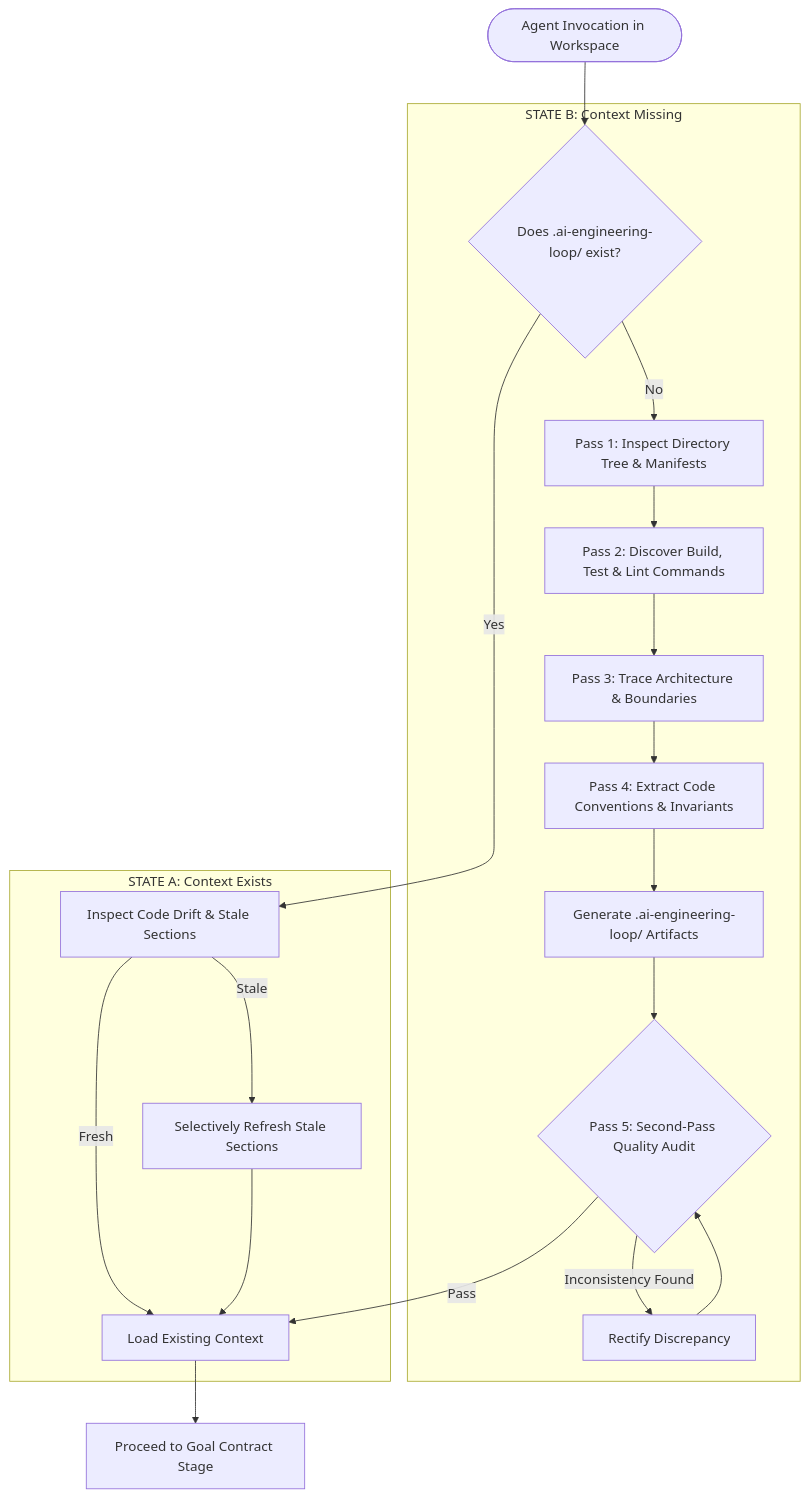
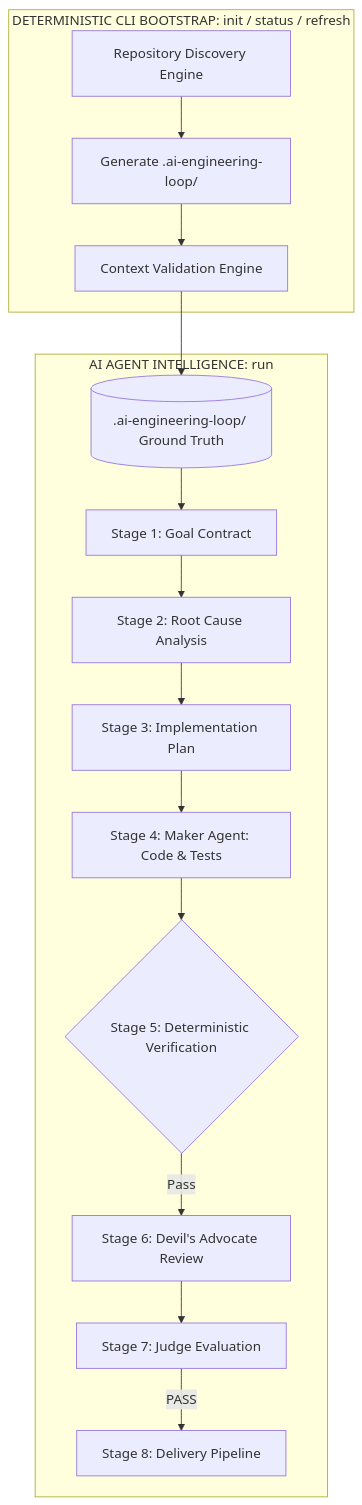
Before and after one commit to egagofur/ai-engineering-loop: the diagram in core/project-initialization.md, drawn with Mermaid. The commit also changed other lines of this file and 3 other files, not shown here.

Commit message:
feat: separate CLI bootstrap (init, status, refresh) from AI agent execution (run)

````diff
--- a/core/project-initialization.md
+++ b/core/project-initialization.md
@@ -11,24 +9,20 @@
 ```mermaid
 flowchart TD
-    Start([Agent Invocation in Workspace]) --> CheckExists{Does .ai-engineering-loop/ exist?}
-    
-    subgraph StateB [STATE B: Context Missing]
-        CheckExists -->|No| Pass1[Pass 1: Inspect Directory Tree & Manifests]
-        Pass1 --> Pass2[Pass 2: Discover Build, Test & Lint Commands]
-        Pass2 --> Pass3[Pass 3: Trace Architecture & Boundaries]
-        Pass3 --> Pass4[Pass 4: Extract Code Conventions & Invariants]
-        Pass4 --> Gen[Generate .ai-engineering-loop/ Artifacts]
-        Gen --> QualityAudit{Pass 5: Second-Pass Quality Audit}
-        QualityAudit -->|Inconsistency Found| Fix[Rectify Discrepancy] --> QualityAudit
+    subgraph CLI [DETERMINISTIC CLI BOOTSTRAP: init / status / refresh]
+        Discover[Repository Discovery Engine] --> ContextGen[Generate .ai-engineering-loop/]
+        ContextGen --> Validate[Context Validation Engine]
     end
-    
-    subgraph StateA [STATE A: Context Exists]
-        CheckExists -->|Yes| InspectDrift[Inspect Code Drift & Stale Sections]
-        InspectDrift -->|Fresh| LoadExisting[Load Existing Context]
-        InspectDrift -->|Stale| SelectiveRefresh[Selectively Refresh Stale Sections]
-        SelectiveRefresh --> LoadExisting
+
+    Validate --> ContextDir[(.ai-engineering-loop/ Ground Truth)]
+
+    subgraph Agent [AI AGENT INTELLIGENCE: run]
+        ContextDir --> GoalContract[Stage 1: Goal Contract]
+        GoalContract --> RCA[Stage 2: Root Cause Analysis]
+        RCA --> Plan[Stage 3: Implementation Plan]
+        Plan --> Maker[Stage 4: Maker Agent: Code & Tests]
+        Maker --> Verify{Stage 5: Deterministic Verification}
+        Verify -->|Pass| DA[Stage 6: Devil's Advocate Review]
+        DA --> Judge[Stage 7: Judge Evaluation]
+        Judge -->|PASS| Adapter[Stage 8: Delivery Pipeline]
     end
-    
-    QualityAudit -->|Pass| LoadExisting
-    LoadExisting --> GoalContract[Proceed to Goal Contract Stage]
 ```
````
